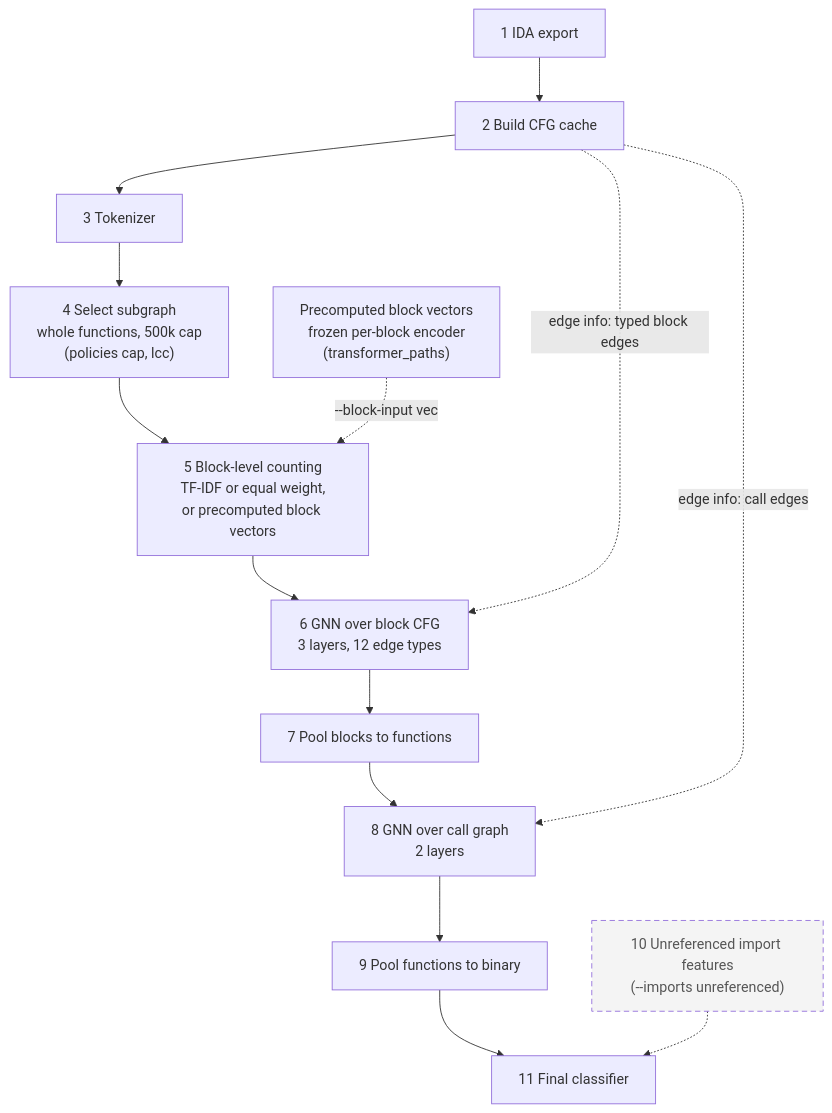
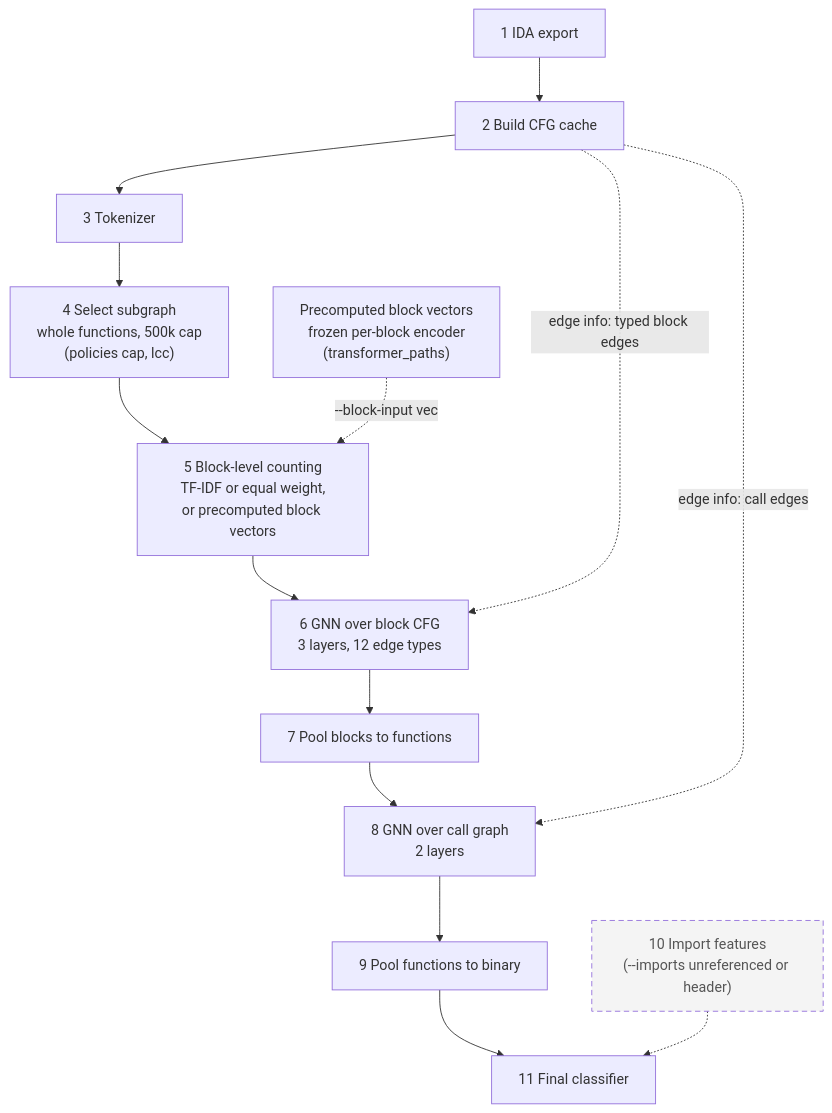
The diagram in CT_GAT/block_level_counting/README.md (doroluo/ransomware-detection-masters-project), drawn with Mermaid before and after one commit. The commit also changed other lines of this file and 8 other files, not shown here.

Commit message:
Step 15: --imports header, all header imports as a binary-level input; imports_header queue stage, gates and smoke run

````diff
--- a/CT_GAT/block_level_counting/README.md
+++ b/CT_GAT/block_level_counting/README.md
@@ -16,18 +16,18 @@
 ```mermaid
 flowchart TD
     S1["1 IDA export"] --> S2["2 Build CFG cache"]
     S2 --> S3["3 Tokenizer"]
     S3 --> S4["4 Select subgraph<br/>whole functions, 500k cap<br/>(policies cap, lcc)"]
     S4 --> S5["5 Block-level counting<br/>TF-IDF or equal weight,<br/>or precomputed block vectors"]
     S5 --> S6["6 GNN over block CFG<br/>3 layers, 12 edge types"]
     S6 --> S7["7 Pool blocks to functions"]
     S7 --> S8["8 GNN over call graph<br/>2 layers"]
     S8 --> S9["9 Pool functions to binary"]
     S9 --> S11["11 Final classifier"]
-    S10["10 Unreferenced import features<br/>(--imports unreferenced)"] -.-> S11
+    S10["10 Import features<br/>(--imports unreferenced or header)"] -.-> S11
     S5V["Precomputed block vectors<br/>frozen per-block encoder<br/>(transformer_paths)"] -. "--block-input vec" .-> S5
     S2 -. "edge info: typed block edges" .-> S6
     S2 -. "edge info: call edges" .-> S8
     classDef option stroke-dasharray: 6 4,fill:#f4f4f4,color:#555
     class S10 option
 ```
````
